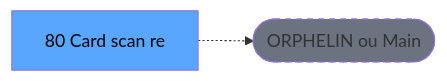
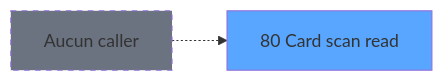
The second of 3 diagrams in .openspec/specs/ADH-IDE-80.md (thonyAGP/lecteur-magic), drawn with Mermaid before and after one commit. The commit also changed other lines of this file and 96 other files, not shown here.

````diff
--- a/.openspec/specs/ADH-IDE-80.md
+++ b/.openspec/specs/ADH-IDE-80.md
@@ -118,8 +189,8 @@
 ```mermaid
 graph LR
-    T[80    Card scan re]
-    ORPHAN([ORPHELIN ou Main])
-    T -.-> ORPHAN
-    style T fill:#58a6ff,color:#000
-    style ORPHAN fill:#6b7280,stroke-dasharray: 5 5
+    T80[80 Card scan read]
+    style T80 fill:#58a6ff
+    NONE[Aucun caller]
+    NONE -.-> T80
+    style NONE fill:#6b7280,stroke-dasharray: 5 5
 ```
````
